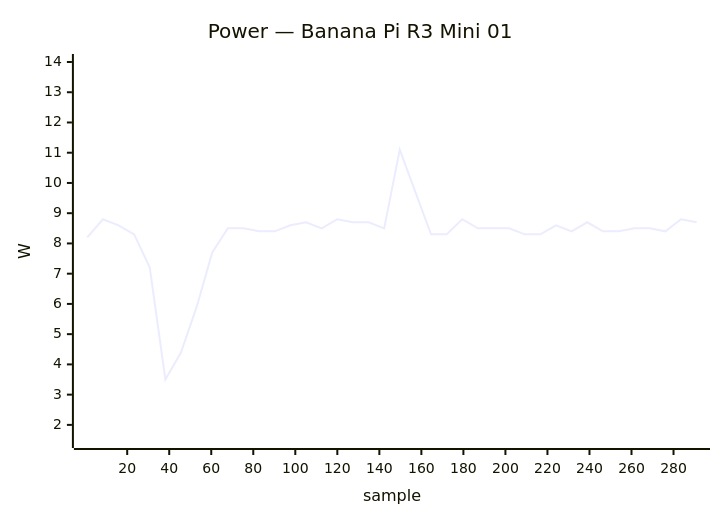
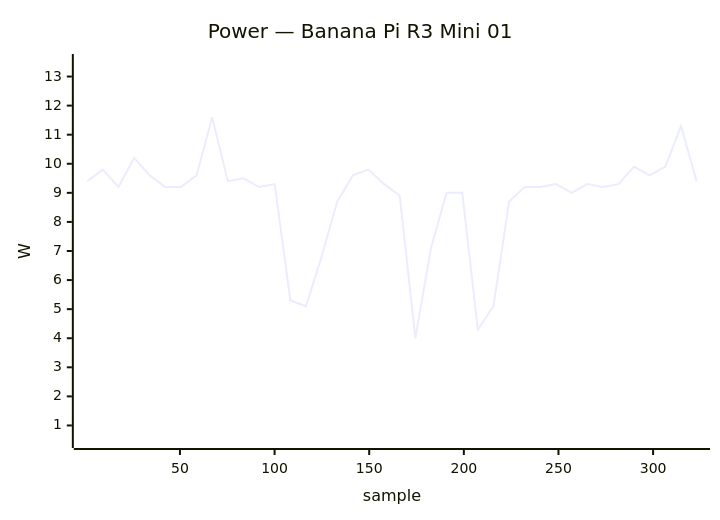
Before and after one commit to armbian/documentation: the eighth of 42 diagrams in docs/status/board-tests.md, drawn with Mermaid. The commit also changed other lines of this file, not shown here.

````diff
--- a/docs/status/board-tests.md
+++ b/docs/status/board-tests.md
@@ -347,7 +349,7 @@
 ```mermaid
 xychart-beta
     title "Power — Banana Pi R3 Mini 01"
-    x-axis "sample" 1 --> 291
-    y-axis "W" 1.5 --> 14.0
-    line [8.2, 8.8, 8.6, 8.3, 7.2, 3.5, 4.4, 5.9, 7.7, 8.5, 8.5, 8.4, 8.4, 8.6, 8.7, 8.5, 8.8, 8.7, 8.7, 8.5, 11.1, 9.7, 8.3, 8.3, 8.8, 8.5, 8.5, 8.5, 8.3, 8.3, 8.6, 8.4, 8.7, 8.4, 8.4, 8.5, 8.5, 8.4, 8.8, 8.7]
+    x-axis "sample" 1 --> 323
+    y-axis "W" 0.5 --> 13.5
+    line [9.4, 9.8, 9.2, 10.2, 9.6, 9.2, 9.2, 9.6, 11.6, 9.4, 9.5, 9.2, 9.3, 5.3, 5.1, 6.8, 8.7, 9.6, 9.8, 9.3, 8.9, 4.0, 7.1, 9.0, 9.0, 4.3, 5.1, 8.7, 9.2, 9.2, 9.3, 9.0, 9.3, 9.2, 9.3, 9.9, 9.6, 9.9, 11.3, 9.4]
 ```
````
